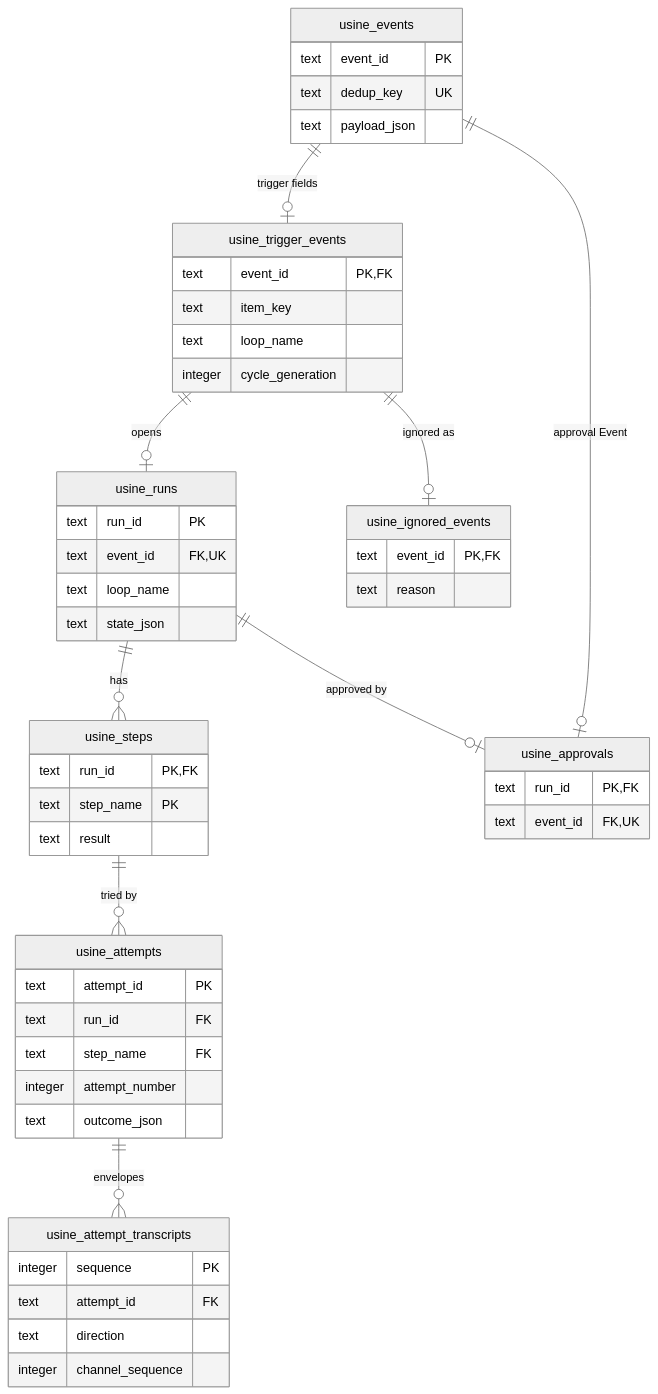
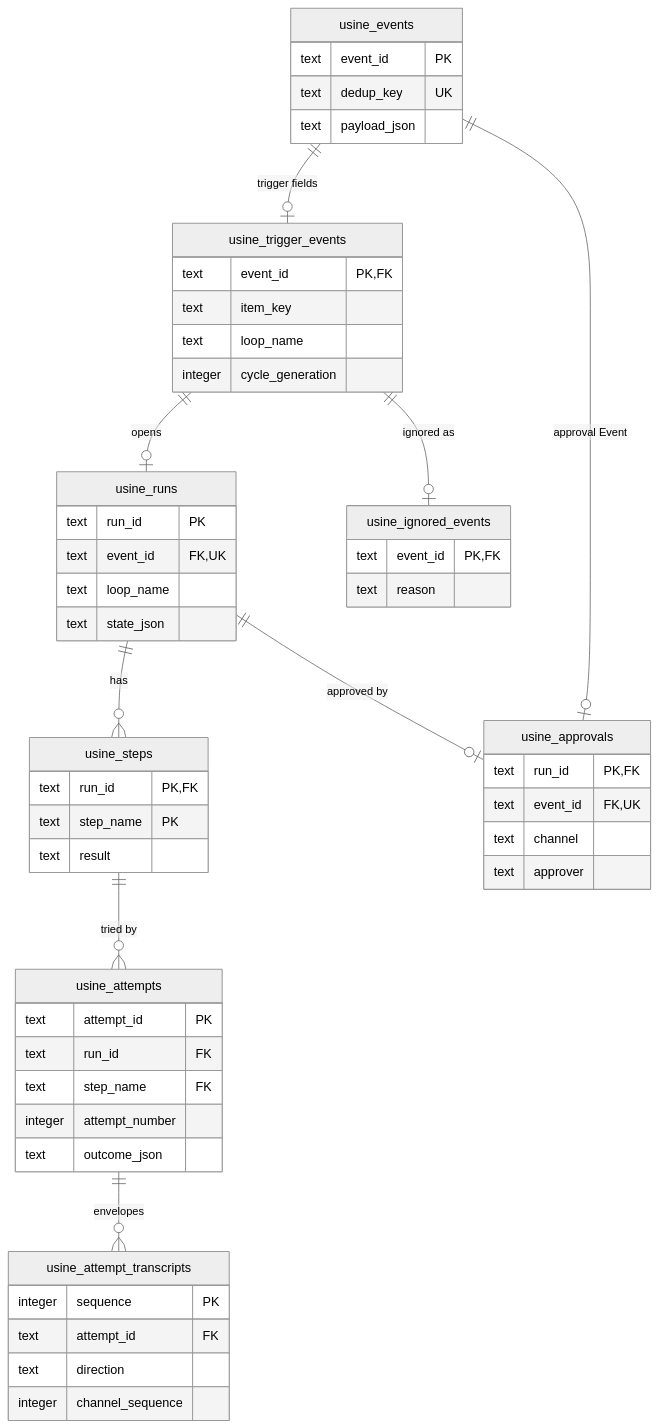
The first of 2 diagrams in apps/docs/src/content/docs/architecture/storage-and-config.mdx (basaltbytes/usine), drawn with Mermaid (neutral theme) before and after one commit. The commit also changed other lines of this file and 43 other files, not shown here.

````diff
--- a/apps/docs/src/content/docs/architecture/storage-and-config.mdx
+++ b/apps/docs/src/content/docs/architecture/storage-and-config.mdx
@@ -66,55 +66,57 @@
 ```mermaid
 erDiagram
   usine_events ||--o| usine_trigger_events : "trigger fields"
   usine_trigger_events ||--o| usine_runs : "opens"
   usine_trigger_events ||--o| usine_ignored_events : "ignored as"
   usine_runs ||--o{ usine_steps : "has"
   usine_steps ||--o{ usine_attempts : "tried by"
   usine_attempts ||--o{ usine_attempt_transcripts : "envelopes"
   usine_runs ||--o| usine_approvals : "approved by"
   usine_events ||--o| usine_approvals : "approval Event"
 
   usine_events {
     text event_id PK
     text dedup_key UK
     text payload_json
   }
   usine_trigger_events {
     text event_id PK, FK
     text item_key
     text loop_name
     integer cycle_generation
   }
   usine_runs {
     text run_id PK
     text event_id FK, UK
     text loop_name
     text state_json
   }
   usine_ignored_events {
     text event_id PK, FK
     text reason
   }
   usine_steps {
     text run_id PK, FK
     text step_name PK
     text result
   }
   usine_attempts {
     text attempt_id PK
     text run_id FK
     text step_name FK
     integer attempt_number
     text outcome_json
   }
   usine_attempt_transcripts {
     integer sequence PK
     text attempt_id FK
     text direction
     integer channel_sequence
   }
   usine_approvals {
     text run_id PK, FK
     text event_id FK, UK
+    text channel
+    text approver
   }
 ```
````
